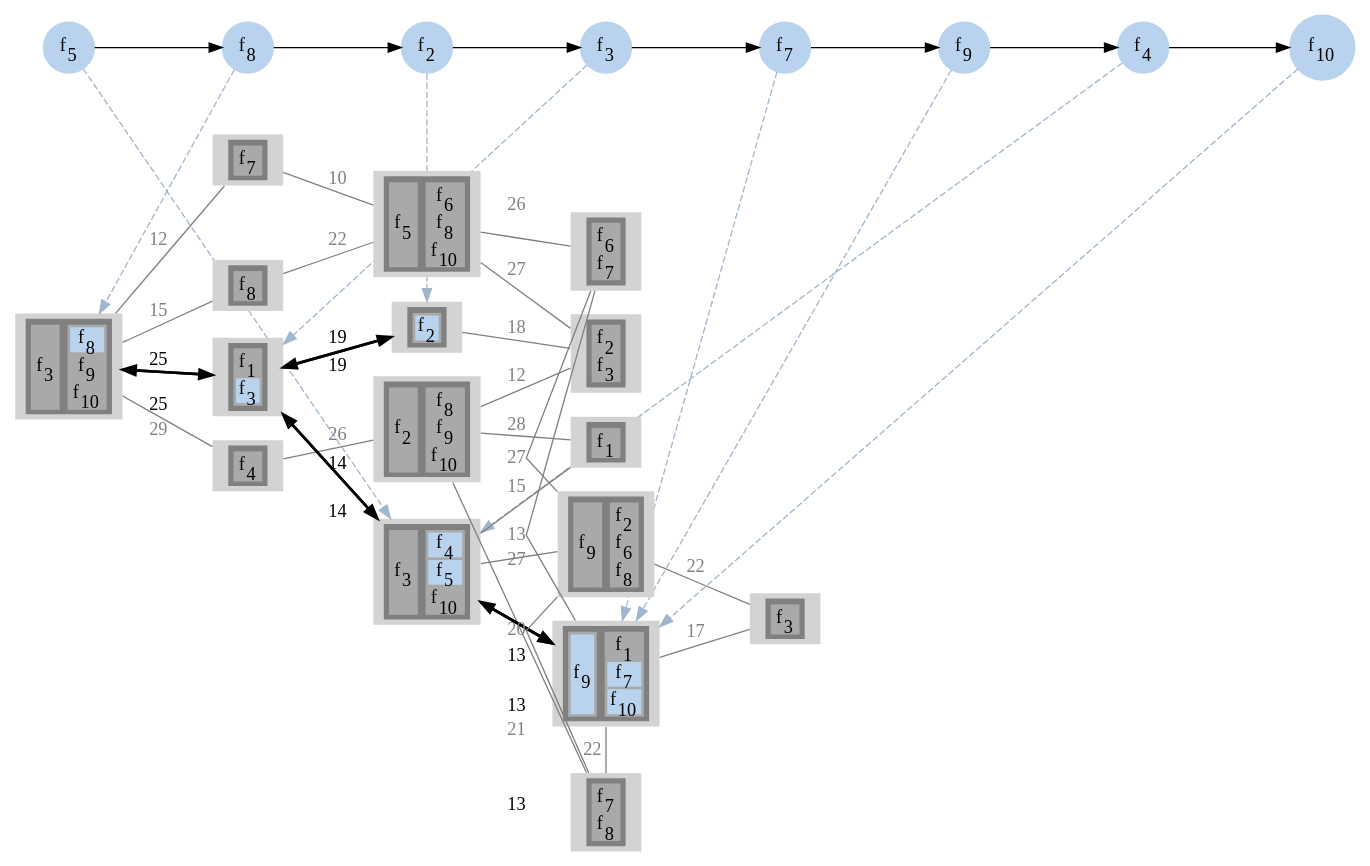
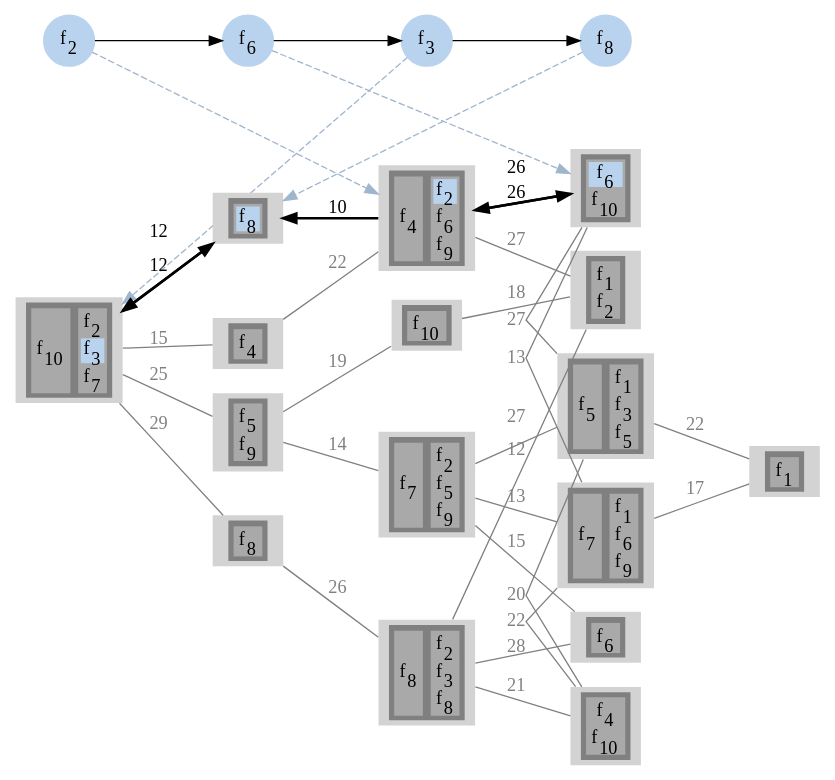
The diagram in output/sevenReliabilityOne/gv/sfcAssgn14.gv (prateekshyap/SFC_Placement_in_VNF), drawn with Graphviz before and after one commit. The commit also changed 27 other files, not shown here.

```diff
--- a/output/sevenReliabilityOne/gv/sfcAssgn14.gv
+++ b/output/sevenReliabilityOne/gv/sfcAssgn14.gv
@@ -5,29 +5,17 @@
 subgraph sfc
 {
 node [shape=circle]
-{rank = same; f5; };
+{rank = same; f2; };
+{rank = same; f6; };
+{rank = same; f3; };
 {rank = same; f8; };
-{rank = same; f2; };
-{rank = same; f3; };
-{rank = same; f7; };
-{rank = same; f9; };
-{rank = same; f4; };
-{rank = same; f10; };
-f5[style=filled label=<f<SUB>5</SUB>> color="slategray2"]
+f2[style=filled label=<f<SUB>2</SUB>> color="slategray2"]
+f6[style=filled label=<f<SUB>6</SUB>> color="slategray2"]
+f3[style=filled label=<f<SUB>3</SUB>> color="slategray2"]
 f8[style=filled label=<f<SUB>8</SUB>> color="slategray2"]
-f2[style=filled label=<f<SUB>2</SUB>> color="slategray2"]
-f3[style=filled label=<f<SUB>3</SUB>> color="slategray2"]
-f7[style=filled label=<f<SUB>7</SUB>> color="slategray2"]
-f9[style=filled label=<f<SUB>9</SUB>> color="slategray2"]
-f4[style=filled label=<f<SUB>4</SUB>> color="slategray2"]
-f10[style=filled label=<f<SUB>10</SUB>> color="slategray2"]
-f5 -> f8
-f8 -> f2
-f2 -> f3
-f3 -> f7
-f7 -> f9
-f9 -> f4
-f4 -> f10
+f2 -> f6
+f6 -> f3
+f3 -> f8
 }
 subgraph network
 {
@@ -37,20 +25,46 @@
 {rank = same; 4; 6; 7; 9; };
 {rank = same; 5; 11; 10; 14; 12; 13; };
 {rank = same; 16; };
-9[style=filled
+4[style=filled
 label=<
 <TABLE BORDER="0" BGCOLOR="gray">
 <TR>
 <TD>
 <TABLE BORDER="0" BGCOLOR="darkgray">
-<TR><TD PORT="f9" BGCOLOR="darkgray">f<SUB>3</SUB></TD></TR>
+<TR><TD PORT="f15" BGCOLOR="darkgray">f<SUB>4</SUB></TD></TR>
 </TABLE>
 </TD>
 <TD>
 <TABLE BORDER="0" BGCOLOR="darkgray">
-<TR><TD PORT="f13" BGCOLOR="slategray2">f<SUB>4</SUB></TD></TR>
-<TR><TD PORT="f15" BGCOLOR="slategray2">f<SUB>5</SUB></TD></TR>
-<TR><TD PORT="f35" BGCOLOR="darkgray">f<SUB>10</SUB></TD></TR>
+<TR><TD PORT="f8" BGCOLOR="slategray2">f<SUB>2</SUB></TD></TR>
+<TR><TD PORT="f21" BGCOLOR="darkgray">f<SUB>6</SUB></TD></TR>
+<TR><TD PORT="f31" BGCOLOR="darkgray">f<SUB>9</SUB></TD></TR>
+</TABLE>
+</TD>
+</TR>
+</TABLE>>]
+
+11[style=filled
+label=<
+<TABLE BORDER="0" BGCOLOR="gray">
+<TR>
+<TD>
+<TABLE BORDER="0" BGCOLOR="darkgray">
+<TR><TD PORT="f23" BGCOLOR="slategray2">f<SUB>6</SUB></TD></TR>
+<TR><TD PORT="f38" BGCOLOR="darkgray">f<SUB>10</SUB></TD></TR>
+</TABLE>
+</TD>
+</TR>
+</TABLE>>]
+
+11[style=filled
+label=<
+<TABLE BORDER="0" BGCOLOR="gray">
+<TR>
+<TD>
+<TABLE BORDER="0" BGCOLOR="darkgray">
+<TR><TD PORT="f23" BGCOLOR="slategray2">f<SUB>6</SUB></TD></TR>
+<TR><TD PORT="f38" BGCOLOR="darkgray">f<SUB>10</SUB></TD></TR>
 </TABLE>
 </TD>
 </TR>
@@ -62,14 +76,14 @@
 <TR>
 <TD>
 <TABLE BORDER="0" BGCOLOR="darkgray">
-<TR><TD PORT="f10" BGCOLOR="darkgray">f<SUB>3</SUB></TD></TR>
+<TR><TD PORT="f35" BGCOLOR="darkgray">f<SUB>10</SUB></TD></TR>
 </TABLE>
 </TD>
 <TD>
 <TABLE BORDER="0" BGCOLOR="darkgray">
-<TR><TD PORT="f28" BGCOLOR="slategray2">f<SUB>8</SUB></TD></TR>
-<TR><TD PORT="f32" BGCOLOR="darkgray">f<SUB>9</SUB></TD></TR>
-<TR><TD PORT="f36" BGCOLOR="darkgray">f<SUB>10</SUB></TD></TR>
+<TR><TD PORT="f7" BGCOLOR="darkgray">f<SUB>2</SUB></TD></TR>
+<TR><TD PORT="f11" BGCOLOR="slategray2">f<SUB>3</SUB></TD></TR>
+<TR><TD PORT="f26" BGCOLOR="darkgray">f<SUB>7</SUB></TD></TR>
 </TABLE>
 </TD>
 </TR>
@@ -81,14 +95,95 @@
 <TR>
 <TD>
 <TABLE BORDER="0" BGCOLOR="darkgray">
-<TR><TD PORT="f10" BGCOLOR="darkgray">f<SUB>3</SUB></TD></TR>
+<TR><TD PORT="f35" BGCOLOR="darkgray">f<SUB>10</SUB></TD></TR>
 </TABLE>
 </TD>
 <TD>
 <TABLE BORDER="0" BGCOLOR="darkgray">
+<TR><TD PORT="f7" BGCOLOR="darkgray">f<SUB>2</SUB></TD></TR>
+<TR><TD PORT="f11" BGCOLOR="slategray2">f<SUB>3</SUB></TD></TR>
+<TR><TD PORT="f26" BGCOLOR="darkgray">f<SUB>7</SUB></TD></TR>
+</TABLE>
+</TD>
+</TR>
+</TABLE>>]
+
+2[style=filled
+label=<
+<TABLE BORDER="0" BGCOLOR="gray">
+<TR>
+<TD>
+<TABLE BORDER="0" BGCOLOR="darkgray">
 <TR><TD PORT="f28" BGCOLOR="slategray2">f<SUB>8</SUB></TD></TR>
-<TR><TD PORT="f32" BGCOLOR="darkgray">f<SUB>9</SUB></TD></TR>
-<TR><TD PORT="f36" BGCOLOR="darkgray">f<SUB>10</SUB></TD></TR>
+</TABLE>
+</TD>
+</TR>
+</TABLE>>]
+
+3[style=filled
+label=<
+<TABLE BORDER="0" BGCOLOR="gray">
+<TR>
+<TD>
+<TABLE BORDER="0" BGCOLOR="darkgray">
+<TR><TD PORT="f29" BGCOLOR="darkgray">f<SUB>8</SUB></TD></TR>
+</TABLE>
+</TD>
+</TR>
+</TABLE>>]
+
+8[style=filled
+label=<
+<TABLE BORDER="0" BGCOLOR="gray">
+<TR>
+<TD>
+<TABLE BORDER="0" BGCOLOR="darkgray">
+<TR><TD PORT="f17" BGCOLOR="darkgray">f<SUB>5</SUB></TD></TR>
+<TR><TD PORT="f34" BGCOLOR="darkgray">f<SUB>9</SUB></TD></TR>
+</TABLE>
+</TD>
+</TR>
+</TABLE>>]
+
+15[style=filled
+label=<
+<TABLE BORDER="0" BGCOLOR="gray">
+<TR>
+<TD>
+<TABLE BORDER="0" BGCOLOR="darkgray">
+<TR><TD PORT="f14" BGCOLOR="darkgray">f<SUB>4</SUB></TD></TR>
+</TABLE>
+</TD>
+</TR>
+</TABLE>>]
+
+6[style=filled
+label=<
+<TABLE BORDER="0" BGCOLOR="gray">
+<TR>
+<TD>
+<TABLE BORDER="0" BGCOLOR="darkgray">
+<TR><TD PORT="f27" BGCOLOR="darkgray">f<SUB>8</SUB></TD></TR>
+</TABLE>
+</TD>
+<TD>
+<TABLE BORDER="0" BGCOLOR="darkgray">
+<TR><TD PORT="f9" BGCOLOR="darkgray">f<SUB>2</SUB></TD></TR>
+<TR><TD PORT="f10" BGCOLOR="darkgray">f<SUB>3</SUB></TD></TR>
+<TR><TD PORT="f30" BGCOLOR="darkgray">f<SUB>8</SUB></TD></TR>
+</TABLE>
+</TD>
+</TR>
+</TABLE>>]
+
+5[style=filled
+label=<
+<TABLE BORDER="0" BGCOLOR="gray">
+<TR>
+<TD>
+<TABLE BORDER="0" BGCOLOR="darkgray">
+<TR><TD PORT="f1" BGCOLOR="darkgray">f<SUB>1</SUB></TD></TR>
+<TR><TD PORT="f5" BGCOLOR="darkgray">f<SUB>2</SUB></TD></TR>
 </TABLE>
 </TD>
 </TR>
@@ -100,45 +195,51 @@
 <TR>
 <TD>
 <TABLE BORDER="0" BGCOLOR="darkgray">
-<TR><TD PORT="f7" BGCOLOR="slategray2">f<SUB>2</SUB></TD></TR>
+<TR><TD PORT="f37" BGCOLOR="darkgray">f<SUB>10</SUB></TD></TR>
 </TABLE>
 </TD>
 </TR>
 </TABLE>>]
 
-7[style=filled
+10[style=filled
 label=<
 <TABLE BORDER="0" BGCOLOR="gray">
 <TR>
 <TD>
 <TABLE BORDER="0" BGCOLOR="darkgray">
-<TR><TD PORT="f7" BGCOLOR="slategray2">f<SUB>2</SUB></TD></TR>
+<TR><TD PORT="f20" BGCOLOR="darkgray">f<SUB>6</SUB></TD></TR>
 </TABLE>
 </TD>
 </TR>
 </TABLE>>]
 
-8[style=filled
+14[style=filled
 label=<
 <TABLE BORDER="0" BGCOLOR="gray">
 <TR>
 <TD>
 <TABLE BORDER="0" BGCOLOR="darkgray">
-<TR><TD PORT="f3" BGCOLOR="darkgray">f<SUB>1</SUB></TD></TR>
-<TR><TD PORT="f11" BGCOLOR="slategray2">f<SUB>3</SUB></TD></TR>
+<TR><TD PORT="f13" BGCOLOR="darkgray">f<SUB>4</SUB></TD></TR>
+<TR><TD PORT="f36" BGCOLOR="darkgray">f<SUB>10</SUB></TD></TR>
 </TABLE>
 </TD>
 </TR>
 </TABLE>>]
 
-8[style=filled
+9[style=filled
 label=<
 <TABLE BORDER="0" BGCOLOR="gray">
 <TR>
 <TD>
 <TABLE BORDER="0" BGCOLOR="darkgray">
-<TR><TD PORT="f3" BGCOLOR="darkgray">f<SUB>1</SUB></TD></TR>
-<TR><TD PORT="f11" BGCOLOR="slategray2">f<SUB>3</SUB></TD></TR>
+<TR><TD PORT="f24" BGCOLOR="darkgray">f<SUB>7</SUB></TD></TR>
+</TABLE>
+</TD>
+<TD>
+<TABLE BORDER="0" BGCOLOR="darkgray">
+<TR><TD PORT="f6" BGCOLOR="darkgray">f<SUB>2</SUB></TD></TR>
+<TR><TD PORT="f16" BGCOLOR="darkgray">f<SUB>5</SUB></TD></TR>
+<TR><TD PORT="f32" BGCOLOR="darkgray">f<SUB>9</SUB></TD></TR>
 </TABLE>
 </TD>
 </TR>
@@ -150,196 +251,14 @@
 <TR>
 <TD>
 <TABLE BORDER="0" BGCOLOR="darkgray">
-<TR><TD PORT="f33" BGCOLOR="slategray2">f<SUB>9</SUB></TD></TR>
+<TR><TD PORT="f25" BGCOLOR="darkgray">f<SUB>7</SUB></TD></TR>
 </TABLE>
 </TD>
 <TD>
 <TABLE BORDER="0" BGCOLOR="darkgray">
-<TR><TD PORT="f1" BGCOLOR="darkgray">f<SUB>1</SUB></TD></TR>
-<TR><TD PORT="f23" BGCOLOR="slategray2">f<SUB>7</SUB></TD></TR>
-<TR><TD PORT="f37" BGCOLOR="slategray2">f<SUB>10</SUB></TD></TR>
-</TABLE>
-</TD>
-</TR>
-</TABLE>>]
-
-12[style=filled
-label=<
-<TABLE BORDER="0" BGCOLOR="gray">
-<TR>
-<TD>
-<TABLE BORDER="0" BGCOLOR="darkgray">
-<TR><TD PORT="f33" BGCOLOR="slategray2">f<SUB>9</SUB></TD></TR>
-</TABLE>
-</TD>
-<TD>
-<TABLE BORDER="0" BGCOLOR="darkgray">
-<TR><TD PORT="f1" BGCOLOR="darkgray">f<SUB>1</SUB></TD></TR>
-<TR><TD PORT="f23" BGCOLOR="slategray2">f<SUB>7</SUB></TD></TR>
-<TR><TD PORT="f37" BGCOLOR="slategray2">f<SUB>10</SUB></TD></TR>
-</TABLE>
-</TD>
-</TR>
-</TABLE>>]
-
-12[style=filled
-label=<
-<TABLE BORDER="0" BGCOLOR="gray">
-<TR>
-<TD>
-<TABLE BORDER="0" BGCOLOR="darkgray">
-<TR><TD PORT="f33" BGCOLOR="slategray2">f<SUB>9</SUB></TD></TR>
-</TABLE>
-</TD>
-<TD>
-<TABLE BORDER="0" BGCOLOR="darkgray">
-<TR><TD PORT="f1" BGCOLOR="darkgray">f<SUB>1</SUB></TD></TR>
-<TR><TD PORT="f23" BGCOLOR="slategray2">f<SUB>7</SUB></TD></TR>
-<TR><TD PORT="f37" BGCOLOR="slategray2">f<SUB>10</SUB></TD></TR>
-</TABLE>
-</TD>
-</TR>
-</TABLE>>]
-
-9[style=filled
-label=<
-<TABLE BORDER="0" BGCOLOR="gray">
-<TR>
-<TD>
-<TABLE BORDER="0" BGCOLOR="darkgray">
-<TR><TD PORT="f9" BGCOLOR="darkgray">f<SUB>3</SUB></TD></TR>
-</TABLE>
-</TD>
-<TD>
-<TABLE BORDER="0" BGCOLOR="darkgray">
-<TR><TD PORT="f13" BGCOLOR="slategray2">f<SUB>4</SUB></TD></TR>
-<TR><TD PORT="f15" BGCOLOR="slategray2">f<SUB>5</SUB></TD></TR>
-<TR><TD PORT="f35" BGCOLOR="darkgray">f<SUB>10</SUB></TD></TR>
-</TABLE>
-</TD>
-</TR>
-</TABLE>>]
-
-2[style=filled
-label=<
-<TABLE BORDER="0" BGCOLOR="gray">
-<TR>
-<TD>
-<TABLE BORDER="0" BGCOLOR="darkgray">
-<TR><TD PORT="f21" BGCOLOR="darkgray">f<SUB>7</SUB></TD></TR>
-</TABLE>
-</TD>
-</TR>
-</TABLE>>]
-
-3[style=filled
-label=<
-<TABLE BORDER="0" BGCOLOR="gray">
-<TR>
-<TD>
-<TABLE BORDER="0" BGCOLOR="darkgray">
-<TR><TD PORT="f14" BGCOLOR="darkgray">f<SUB>4</SUB></TD></TR>
-</TABLE>
-</TD>
-</TR>
-</TABLE>>]
-
-15[style=filled
-label=<
-<TABLE BORDER="0" BGCOLOR="gray">
-<TR>
-<TD>
-<TABLE BORDER="0" BGCOLOR="darkgray">
-<TR><TD PORT="f29" BGCOLOR="darkgray">f<SUB>8</SUB></TD></TR>
-</TABLE>
-</TD>
-</TR>
-</TABLE>>]
-
-4[style=filled
-label=<
-<TABLE BORDER="0" BGCOLOR="gray">
-<TR>
-<TD>
-<TABLE BORDER="0" BGCOLOR="darkgray">
-<TR><TD PORT="f16" BGCOLOR="darkgray">f<SUB>5</SUB></TD></TR>
-</TABLE>
-</TD>
-<TD>
-<TABLE BORDER="0" BGCOLOR="darkgray">
-<TR><TD PORT="f19" BGCOLOR="darkgray">f<SUB>6</SUB></TD></TR>
-<TR><TD PORT="f26" BGCOLOR="darkgray">f<SUB>8</SUB></TD></TR>
-<TR><TD PORT="f38" BGCOLOR="darkgray">f<SUB>10</SUB></TD></TR>
-</TABLE>
-</TD>
-</TR>
-</TABLE>>]
-
-6[style=filled
-label=<
-<TABLE BORDER="0" BGCOLOR="gray">
-<TR>
-<TD>
-<TABLE BORDER="0" BGCOLOR="darkgray">
-<TR><TD PORT="f6" BGCOLOR="darkgray">f<SUB>2</SUB></TD></TR>
-</TABLE>
-</TD>
-<TD>
-<TABLE BORDER="0" BGCOLOR="darkgray">
-<TR><TD PORT="f24" BGCOLOR="darkgray">f<SUB>8</SUB></TD></TR>
-<TR><TD PORT="f30" BGCOLOR="darkgray">f<SUB>9</SUB></TD></TR>
-<TR><TD PORT="f34" BGCOLOR="darkgray">f<SUB>10</SUB></TD></TR>
-</TABLE>
-</TD>
-</TR>
-</TABLE>>]
-
-5[style=filled
-label=<
-<TABLE BORDER="0" BGCOLOR="gray">
-<TR>
-<TD>
-<TABLE BORDER="0" BGCOLOR="darkgray">
-<TR><TD PORT="f4" BGCOLOR="darkgray">f<SUB>2</SUB></TD></TR>
-<TR><TD PORT="f8" BGCOLOR="darkgray">f<SUB>3</SUB></TD></TR>
-</TABLE>
-</TD>
-</TR>
-</TABLE>>]
-
-11[style=filled
-label=<
-<TABLE BORDER="0" BGCOLOR="gray">
-<TR>
-<TD>
-<TABLE BORDER="0" BGCOLOR="darkgray">
-<TR><TD PORT="f18" BGCOLOR="darkgray">f<SUB>6</SUB></TD></TR>
-<TR><TD PORT="f22" BGCOLOR="darkgray">f<SUB>7</SUB></TD></TR>
-</TABLE>
-</TD>
-</TR>
-</TABLE>>]
-
-10[style=filled
-label=<
-<TABLE BORDER="0" BGCOLOR="gray">
-<TR>
-<TD>
-<TABLE BORDER="0" BGCOLOR="darkgray">
 <TR><TD PORT="f2" BGCOLOR="darkgray">f<SUB>1</SUB></TD></TR>
-</TABLE>
-</TD>
-</TR>
-</TABLE>>]
-
-14[style=filled
-label=<
-<TABLE BORDER="0" BGCOLOR="gray">
-<TR>
-<TD>
-<TABLE BORDER="0" BGCOLOR="darkgray">
-<TR><TD PORT="f20" BGCOLOR="darkgray">f<SUB>7</SUB></TD></TR>
-<TR><TD PORT="f27" BGCOLOR="darkgray">f<SUB>8</SUB></TD></TR>
+<TR><TD PORT="f22" BGCOLOR="darkgray">f<SUB>6</SUB></TD></TR>
+<TR><TD PORT="f33" BGCOLOR="darkgray">f<SUB>9</SUB></TD></TR>
 </TABLE>
 </TD>
 </TR>
@@ -351,14 +270,14 @@
 <TR>
 <TD>
 <TABLE BORDER="0" BGCOLOR="darkgray">
-<TR><TD PORT="f31" BGCOLOR="darkgray">f<SUB>9</SUB></TD></TR>
+<TR><TD PORT="f18" BGCOLOR="darkgray">f<SUB>5</SUB></TD></TR>
 </TABLE>
 </TD>
 <TD>
 <TABLE BORDER="0" BGCOLOR="darkgray">
-<TR><TD PORT="f5" BGCOLOR="darkgray">f<SUB>2</SUB></TD></TR>
-<TR><TD PORT="f17" BGCOLOR="darkgray">f<SUB>6</SUB></TD></TR>
-<TR><TD PORT="f25" BGCOLOR="darkgray">f<SUB>8</SUB></TD></TR>
+<TR><TD PORT="f3" BGCOLOR="darkgray">f<SUB>1</SUB></TD></TR>
+<TR><TD PORT="f12" BGCOLOR="darkgray">f<SUB>3</SUB></TD></TR>
+<TR><TD PORT="f19" BGCOLOR="darkgray">f<SUB>5</SUB></TD></TR>
 </TABLE>
 </TD>
 </TR>
@@ -370,34 +289,31 @@
 <TR>
 <TD>
 <TABLE BORDER="0" BGCOLOR="darkgray">
-<TR><TD PORT="f12" BGCOLOR="darkgray">f<SUB>3</SUB></TD></TR>
+<TR><TD PORT="f4" BGCOLOR="darkgray">f<SUB>1</SUB></TD></TR>
 </TABLE>
 </TD>
 </TR>
 </TABLE>>]
 
-9 -> 8[label="14" color="black" penwidth=2]
-8 -> 1[label="25" color="black" penwidth=2]
-1 -> 8[label="25" color="black" penwidth=2]
-8 -> 7[label="19" color="black" penwidth=2]
-7 -> 8[label="19" color="black" penwidth=2]
-8 -> 9[label="14" color="black" penwidth=2]
-9 -> 12[label="13" color="black" penwidth=2]
-12 -> 9[label="13" color="black" penwidth=2]
-9 -> 12[label="13" color="black" penwidth=2]
-1 -> 2[label="12" color="gray" fontcolor="gray" dir = none]
+4 -> 11[label="26" color="black" penwidth=2]
+11 -> 4[label="26" color="black" penwidth=2]
+4 -> 2[label="10" color="black" penwidth=2]
+2 -> 1[label="12" color="black" penwidth=2]
+1 -> 2[label="12" color="black" penwidth=2]
 1 -> 3[label="29" color="gray" fontcolor="gray" dir = none]
+1 -> 8[label="25" color="gray" fontcolor="gray" dir = none]
 1 -> 15[label="15" color="gray" fontcolor="gray" dir = none]
-2 -> 4[label="10" color="gray" fontcolor="gray" dir = none]
 3 -> 6[label="26" color="gray" fontcolor="gray" dir = none]
 4 -> 5[label="27" color="gray" fontcolor="gray" dir = none]
-4 -> 11[label="26" color="gray" fontcolor="gray" dir = none]
 4 -> 15[label="22" color="gray" fontcolor="gray" dir = none]
 5 -> 6[label="12" color="gray" fontcolor="gray" dir = none]
 5 -> 7[label="18" color="gray" fontcolor="gray" dir = none]
 6 -> 10[label="28" color="gray" fontcolor="gray" dir = none]
 6 -> 14[label="21" color="gray" fontcolor="gray" dir = none]
+7 -> 8[label="19" color="gray" fontcolor="gray" dir = none]
+8 -> 9[label="14" color="gray" fontcolor="gray" dir = none]
 9 -> 10[label="15" color="gray" fontcolor="gray" dir = none]
+9 -> 12[label="13" color="gray" fontcolor="gray" dir = none]
 9 -> 13[label="27" color="gray" fontcolor="gray" dir = none]
 11 -> 12[label="13" color="gray" fontcolor="gray" dir = none]
 11 -> 13[label="27" color="gray" fontcolor="gray" dir = none]
@@ -407,12 +323,8 @@
 13 -> 16[label="22" color="gray" fontcolor="gray" dir = none]
 }
 splines=false
-f5 -> 9[color="slategray3" style=dashed constraint=false]
-f8 -> 1[color="slategray3" style=dashed constraint=false]
-f2 -> 7[color="slategray3" style=dashed constraint=false]
-f3 -> 8[color="slategray3" style=dashed constraint=false]
-f7 -> 12[color="slategray3" style=dashed constraint=false]
-f9 -> 12[color="slategray3" style=dashed constraint=false]
-f4 -> 9[color="slategray3" style=dashed constraint=false]
-f10 -> 12[color="slategray3" style=dashed constraint=false]
+f2 -> 4[color="slategray3" style=dashed constraint=false]
+f6 -> 11[color="slategray3" style=dashed constraint=false]
+f3 -> 1[color="slategray3" style=dashed constraint=false]
+f8 -> 2[color="slategray3" style=dashed constraint=false]
 }
```
